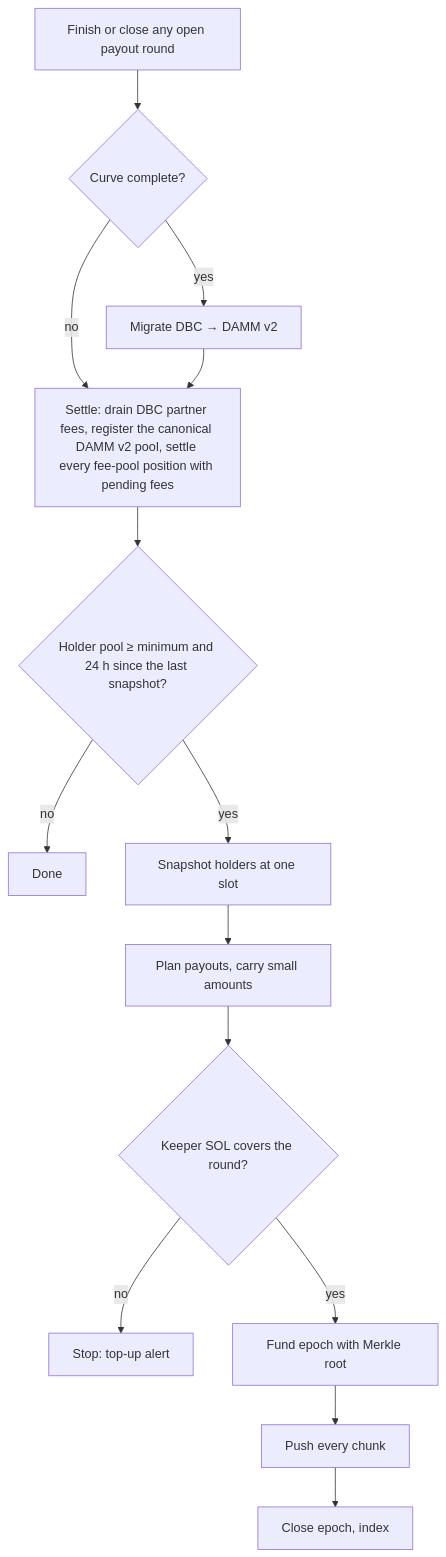
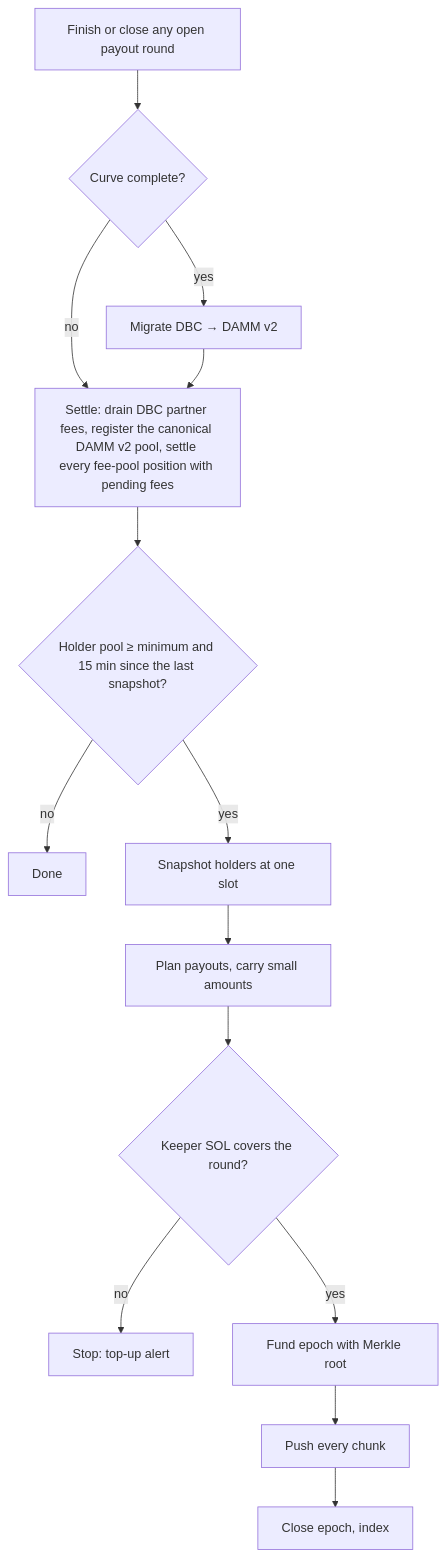
Before and after one commit to Hymetdotfun/hymet: the diagram in docs/KEEPER.md, drawn with Mermaid. The commit also changed other lines of this file and 16 other files, not shown here.

````diff
--- a/docs/KEEPER.md
+++ b/docs/KEEPER.md
@@ -14,16 +14,16 @@
 ```mermaid
 flowchart TD
     A[Finish or close any open payout round] --> B{Curve complete?}
     B -- yes --> C[Migrate DBC → DAMM v2]
     B -- no --> D
     C --> D[Settle: drain DBC partner fees, register the canonical DAMM v2 pool, settle every fee-pool position with pending fees]
-    D --> E{Holder pool ≥ minimum and 24 h since the last snapshot?}
+    D --> E{Holder pool ≥ minimum and 15 min since the last snapshot?}
     E -- no --> Z[Done]
     E -- yes --> F[Snapshot holders at one slot]
     F --> G[Plan payouts, carry small amounts]
     G --> H{Keeper SOL covers the round?}
     H -- no --> X[Stop: top-up alert]
     H -- yes --> I[Fund epoch with Merkle root]
     I --> J[Push every chunk]
     J --> K[Close epoch, index]
 ```
````
